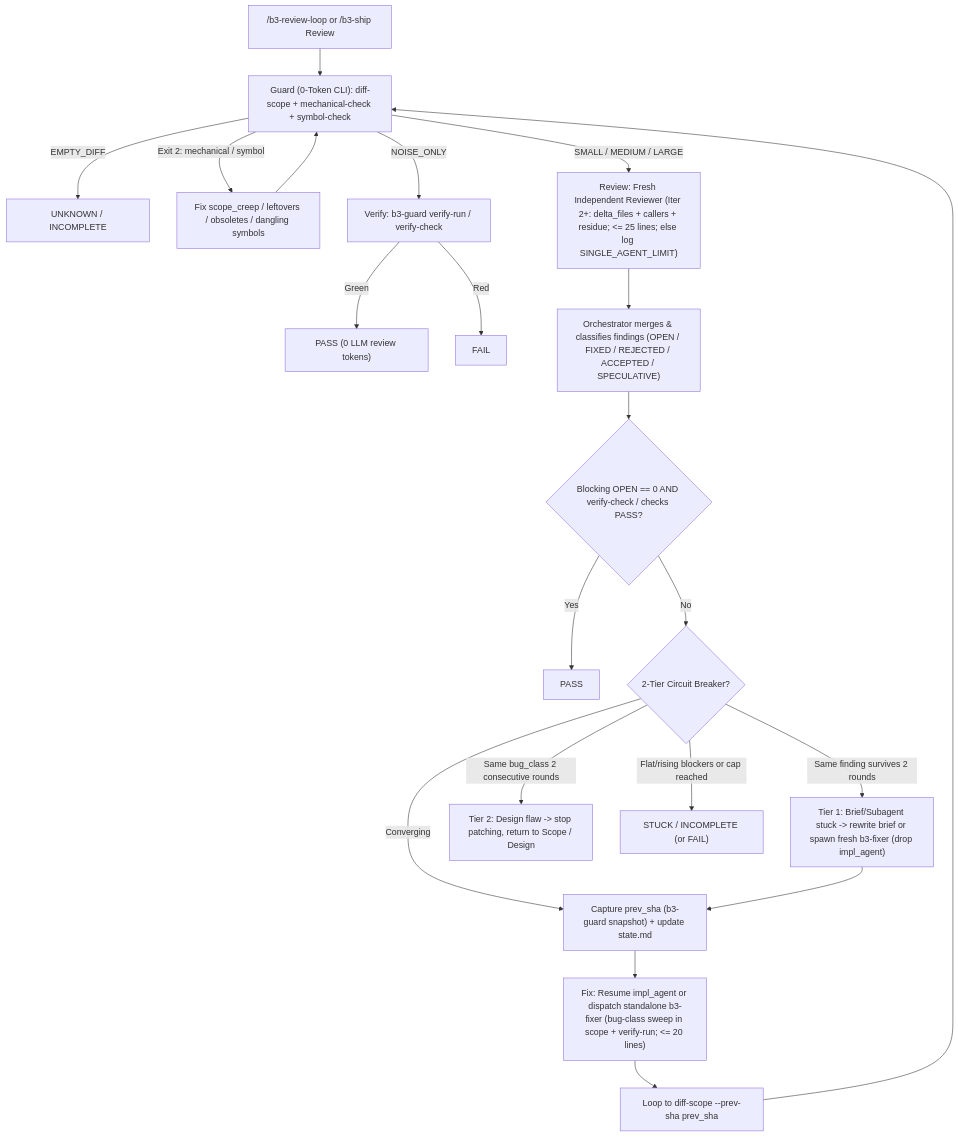
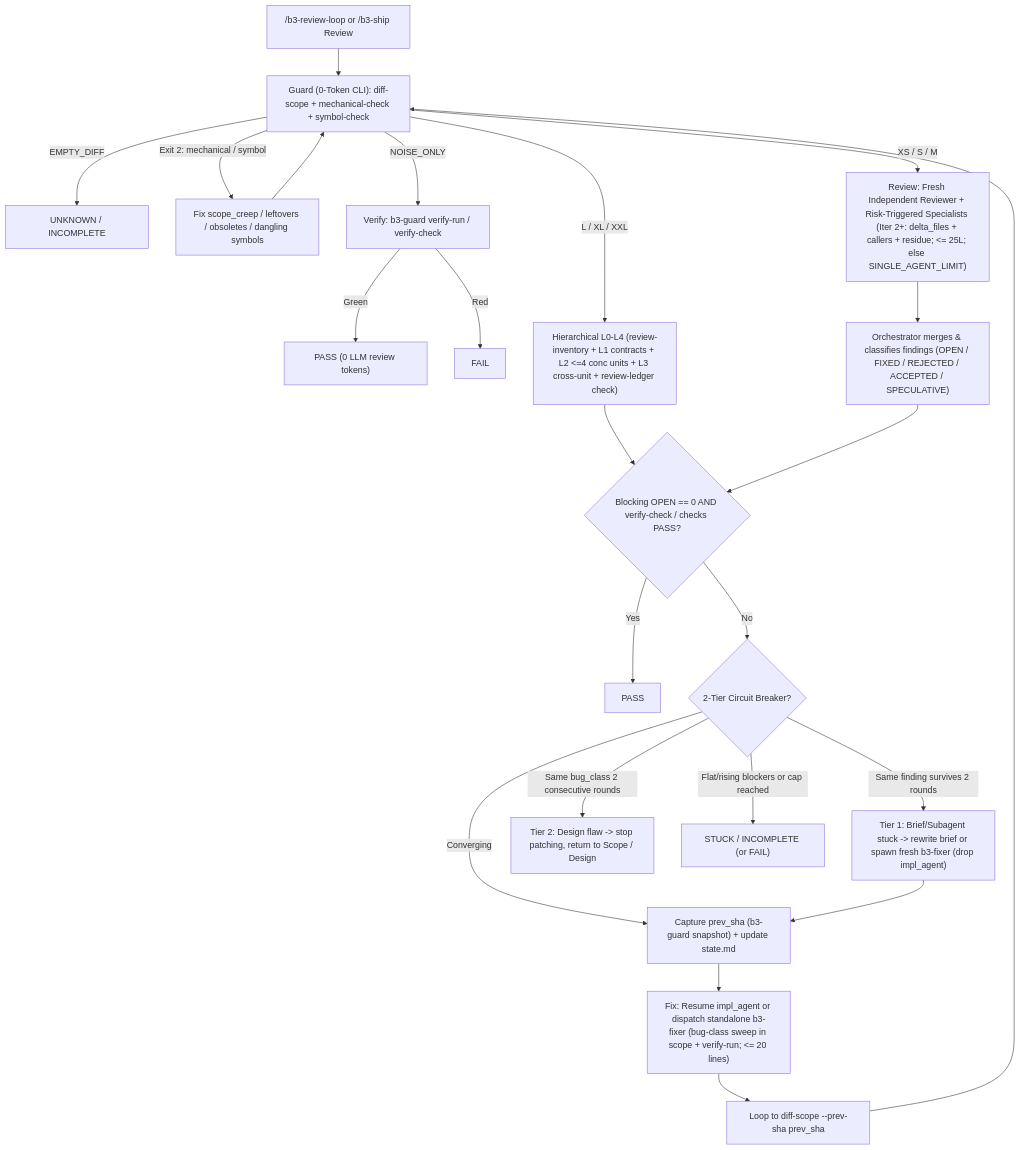
One commit to hptbee/b3_ai-engineering changed the third of 5 diagrams in docs/ship-and-review-guide.md. Above: the diagram before and after it, drawn with Mermaid. The commit also changed other lines of this file and 24 other files, not shown here.

Commit message:
feat(review-loop): adopt T-shirt sizing, decoupled risk dispatch, and L0-L4 hierarchical flow

````diff
--- a/docs/ship-and-review-guide.md
+++ b/docs/ship-and-review-guide.md
@@ -117,26 +117,28 @@
 ```mermaid
 flowchart TD
     Start["/b3-review-loop or /b3-ship Review"] --> Scope["Guard (0-Token CLI): diff-scope + mechanical-check + symbol-check"]
     Scope -->|"EMPTY_DIFF"| Incomplete["UNKNOWN / INCOMPLETE"]
     Scope -->|"Exit 2: mechanical / symbol"| FixMech["Fix scope_creep / leftovers / obsoletes / dangling symbols"]
     FixMech --> Scope
     Scope -->|"NOISE_ONLY"| NoiseTest["Verify: b3-guard verify-run / verify-check"]
     NoiseTest -->|"Green"| Pass["PASS (0 LLM review tokens)"]
     NoiseTest -->|"Red"| Fail["FAIL"]
 
-    Scope -->|"SMALL / MEDIUM / LARGE"| Rev["Review: Fresh Independent Reviewer (Iter 2+: delta_files + callers + residue; <= 25 lines; else log SINGLE_AGENT_LIMIT)"]
+    Scope -->|"L / XL / XXL"| Hier["Hierarchical L0-L4 (review-inventory + L1 contracts + L2 <=4 conc units + L3 cross-unit + review-ledger check)"]
+    Hier --> Gate
+    Scope -->|"XS / S / M"| Rev["Review: Fresh Independent Reviewer + Risk-Triggered Specialists (Iter 2+: delta_files + callers + residue; <= 25L; else SINGLE_AGENT_LIMIT)"]
     Rev --> Merge["Orchestrator merges & classifies findings (OPEN / FIXED / REJECTED / ACCEPTED / SPECULATIVE)"]
     Merge --> Gate{"Blocking OPEN == 0 AND verify-check / checks PASS?"}
     Gate -->|"Yes"| Pass2["PASS"]
     Gate -->|"No"| Breaker{"2-Tier Circuit Breaker?"}
 
     Breaker -->|"Same finding survives 2 rounds"| ResetSubagent["Tier 1: Brief/Subagent stuck -> rewrite brief or spawn fresh b3-fixer (drop impl_agent)"]
     Breaker -->|"Same bug_class 2 consecutive rounds"| Redesign["Tier 2: Design flaw -> stop patching, return to Scope / Design"]
     Breaker -->|"Flat/rising blockers or cap reached"| Stuck["STUCK / INCOMPLETE (or FAIL)"]
     Breaker -->|"Converging"| Snap["Capture prev_sha (b3-guard snapshot) + update state.md"]
 
     ResetSubagent --> Snap
     Snap --> Fix["Fix: Resume impl_agent or dispatch standalone b3-fixer (bug-class sweep in scope + verify-run; <= 20 lines)"]
     Fix --> LoopBack["Loop to diff-scope --prev-sha prev_sha"]
     LoopBack --> Scope
 ```
````
